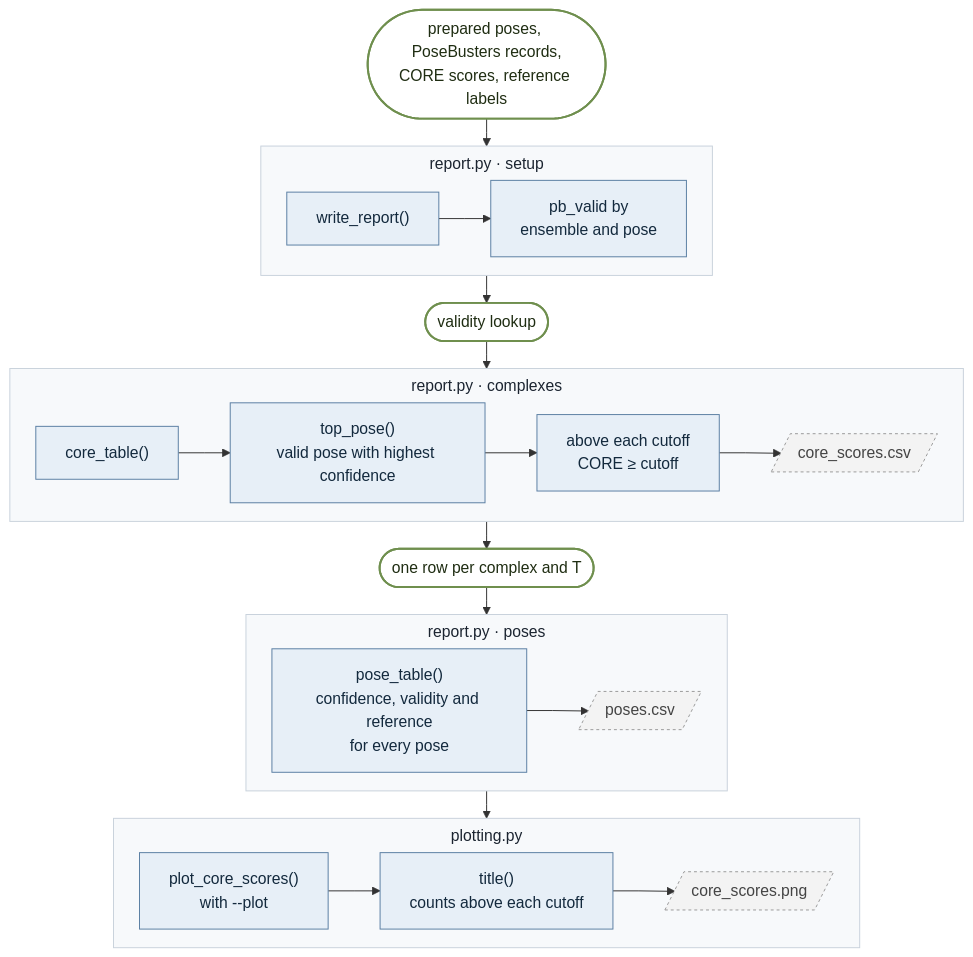
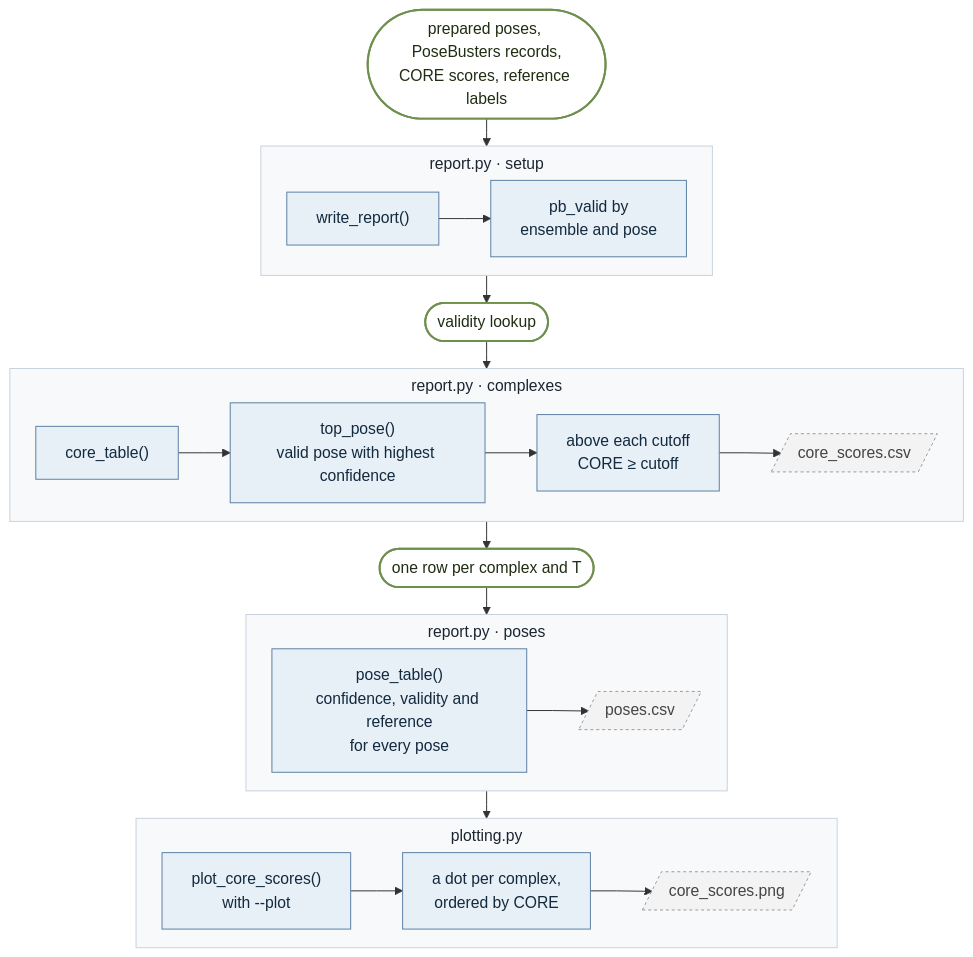
The ninth of 9 diagrams in docs/code-map.md (James-Broster/core-score), drawn with Mermaid before and after one commit. The commit also changed other lines of this file and 3 other files, not shown here.

First line of the commit message:
Plot a dot per complex, ordered by CORE Score

````diff
--- a/docs/code-map.md
+++ b/docs/code-map.md
@@ -384,36 +384,36 @@
 ```mermaid
 %%{init: {"flowchart": {"curve": "linear", "nodeSpacing": 18, "rankSpacing": 28, "subGraphTitleMargin": {"top": 6, "bottom": 10}}}}%%
 flowchart TB
     classDef fn fill:#e7eff7,stroke:#5b7fa3,color:#13293d
     classDef data fill:#ffffff,stroke:#6f8f4e,color:#1f2d12,stroke-width:2px
     classDef file fill:#f3f3f3,stroke:#9a9a9a,color:#444,stroke-dasharray:3 3
     classDef stage fill:#f7f9fb,stroke:#c9d2dc,color:#1b2430
 
     start(["prepared poses, PoseBusters records,<br/>CORE scores, reference labels"]):::data
 
     subgraph D1["report.py · setup"]
         direction LR
         a1["write_report()"]:::fn --> a2["pb_valid by<br/>ensemble and pose"]:::fn
     end
     d1(["validity lookup"]):::data
 
     subgraph D2["report.py · complexes"]
         direction LR
         b1["core_table()"]:::fn --> b2["top_pose()<br/>valid pose with highest confidence"]:::fn --> b3["above each cutoff<br/>CORE ≥ cutoff"]:::fn --> b4[/"core_scores.csv"/]:::file
     end
     d2(["one row per complex and T"]):::data
 
     subgraph D3["report.py · poses"]
         direction LR
         c1["pose_table()<br/>confidence, validity and reference<br/>for every pose"]:::fn --> c2[/"poses.csv"/]:::file
     end
 
     subgraph D4["plotting.py"]
         direction LR
-        e1["plot_core_scores()<br/>with --plot"]:::fn --> e2["title()<br/>counts above each cutoff"]:::fn --> e3[/"core_scores.png"/]:::file
+        e1["plot_core_scores()<br/>with --plot"]:::fn --> e2["a dot per complex,<br/>ordered by CORE"]:::fn --> e3[/"core_scores.png"/]:::file
     end
 
     start --> D1 --> d1 --> D2 --> d2 --> D3 --> D4
 
     class D1,D2,D3,D4 stage
 ```
````
